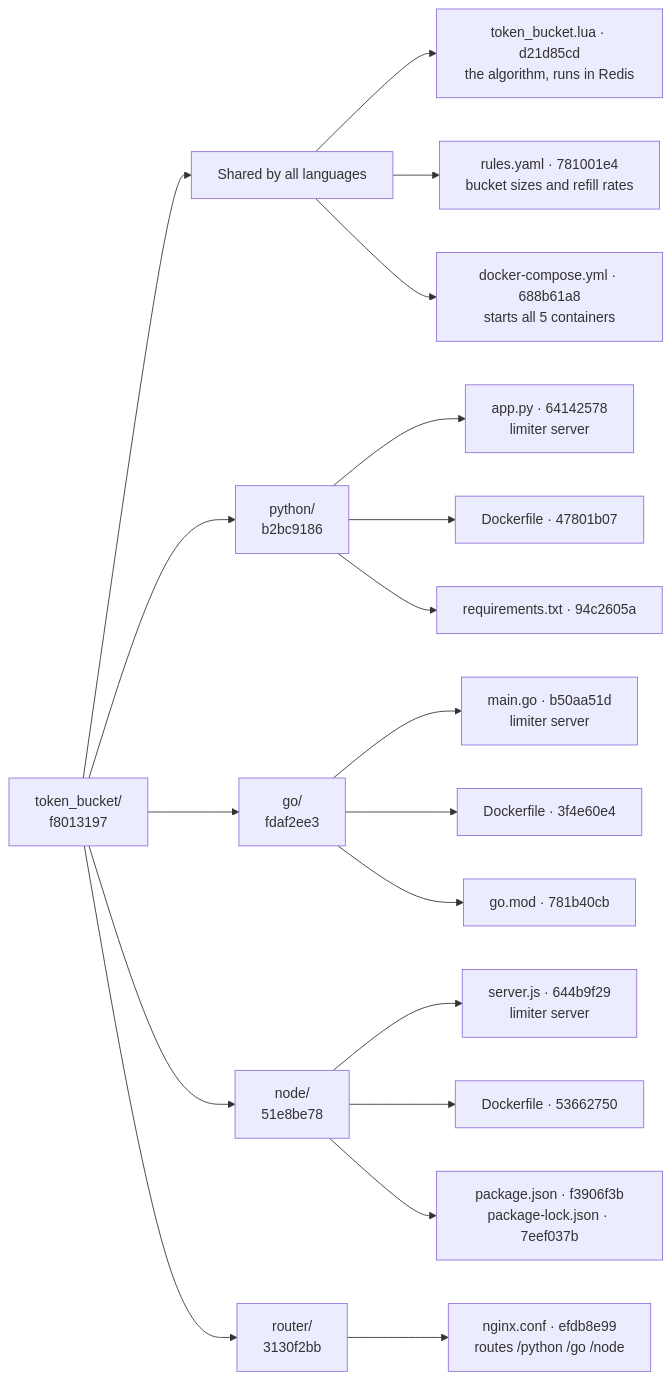
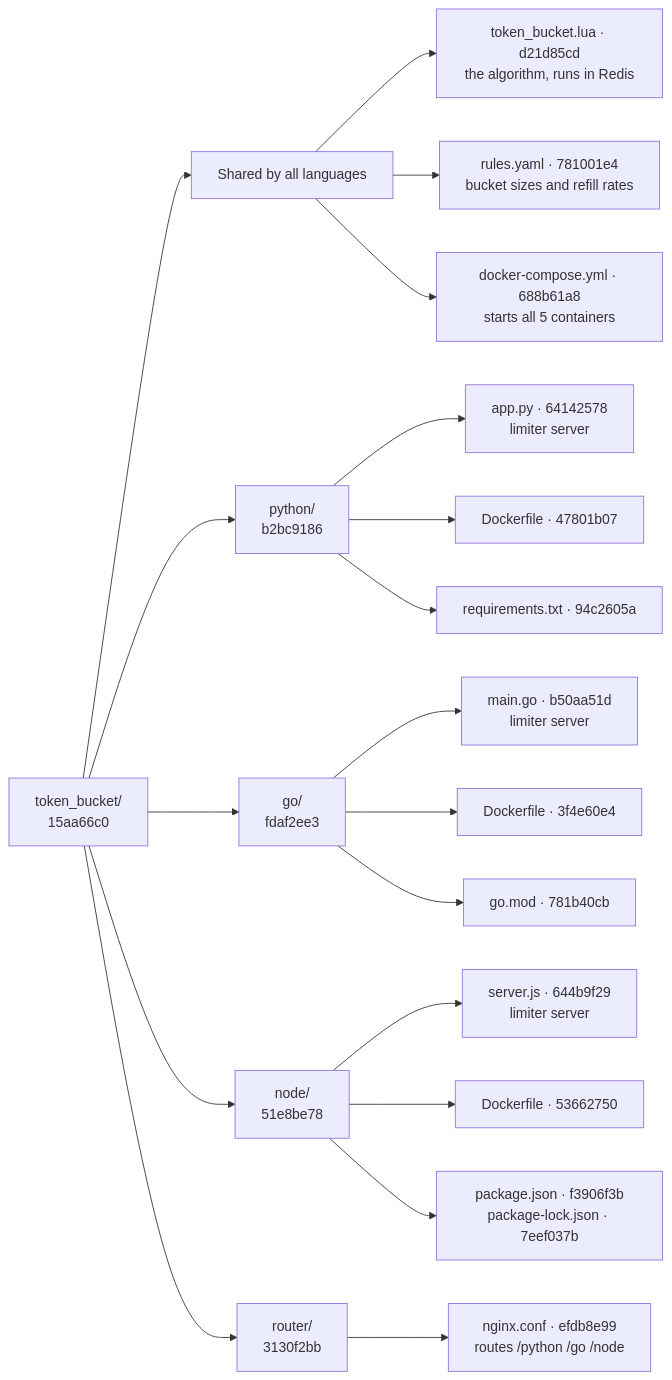
One commit to TareDevarsh/AWS-cloudformation-projects changed the first of 2 diagrams in projects/03-rate-limiter/src/token_bucket/CODE_STRUCTURE.md. Above: the diagram before and after it, drawn with Mermaid. The commit also changed other lines of this file and 7 other files, not shown here.

Commit message:
03-rate-limiter: simplify docs (tables, diagrams, plain language), update documentation map

````diff
--- a/projects/03-rate-limiter/src/token_bucket/CODE_STRUCTURE.md
+++ b/projects/03-rate-limiter/src/token_bucket/CODE_STRUCTURE.md
@@ -9,28 +9,28 @@
 ```mermaid
 flowchart LR
-    ROOT["token_bucket/<br/>f8013197"]
+    ROOT["token_bucket/<br/>15aa66c0"]
 
     ROOT --> SHARED["Shared by all languages"]
     ROOT --> PY["python/<br/>b2bc9186"]
     ROOT --> GO["go/<br/>fdaf2ee3"]
     ROOT --> ND["node/<br/>51e8be78"]
     ROOT --> RT["router/<br/>3130f2bb"]
 
     SHARED --> LUA["token_bucket.lua · d21d85cd<br/>the algorithm, runs in Redis"]
     SHARED --> RULES["rules.yaml · 781001e4<br/>bucket sizes and refill rates"]
     SHARED --> DC["docker-compose.yml · 688b61a8<br/>starts all 5 containers"]
 
     PY --> PYAPP["app.py · 64142578<br/>limiter server"]
     PY --> PYDF["Dockerfile · 47801b07"]
     PY --> PYREQ["requirements.txt · 94c2605a"]
 
     GO --> GOAPP["main.go · b50aa51d<br/>limiter server"]
     GO --> GODF["Dockerfile · 3f4e60e4"]
     GO --> GOMOD["go.mod · 781b40cb"]
 
     ND --> NDAPP["server.js · 644b9f29<br/>limiter server"]
     ND --> NDDF["Dockerfile · 53662750"]
     ND --> NDPKG["package.json · f3906f3b<br/>package-lock.json · 7eef037b"]
 
     RT --> NGX["nginx.conf · efdb8e99<br/>routes /python /go /node"]
 ```
````
